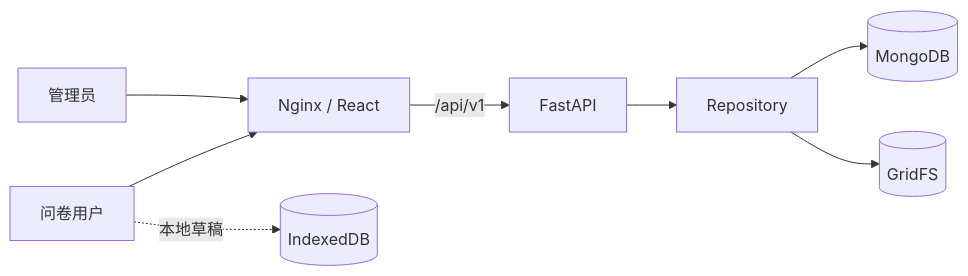
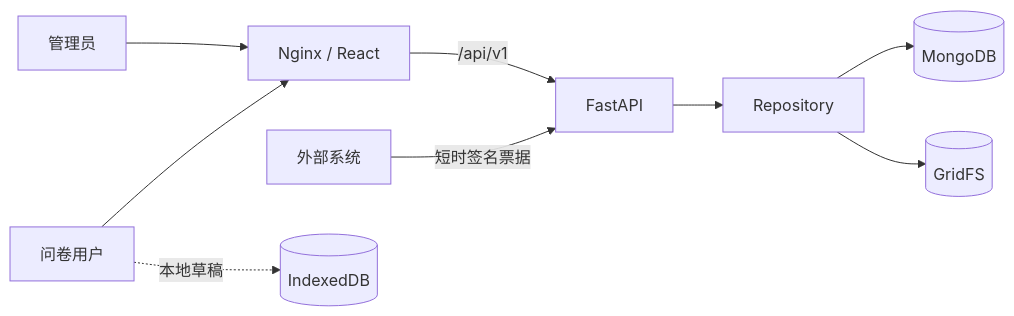
Before and after one commit to hankerbiao/Questionnaire-collection-system: the diagram in README.md, drawn with Mermaid. The commit also changed other lines of this file and 38 other files, not shown here.

````diff
--- a/README.md
+++ b/README.md
@@ -42,10 +44,11 @@
 ```mermaid
 flowchart LR
+    E["外部系统"] -->|"短时签名票据"| F["FastAPI"]
     U["问卷用户"] --> N["Nginx / React"]
     A["管理员"] --> N
     N -->|"/api/v1"| F["FastAPI"]
     F --> R["Repository"]
     R --> M[("MongoDB")]
     R --> G[("GridFS")]
     U -. "本地草稿" .-> I[("IndexedDB")]
 ```
````
